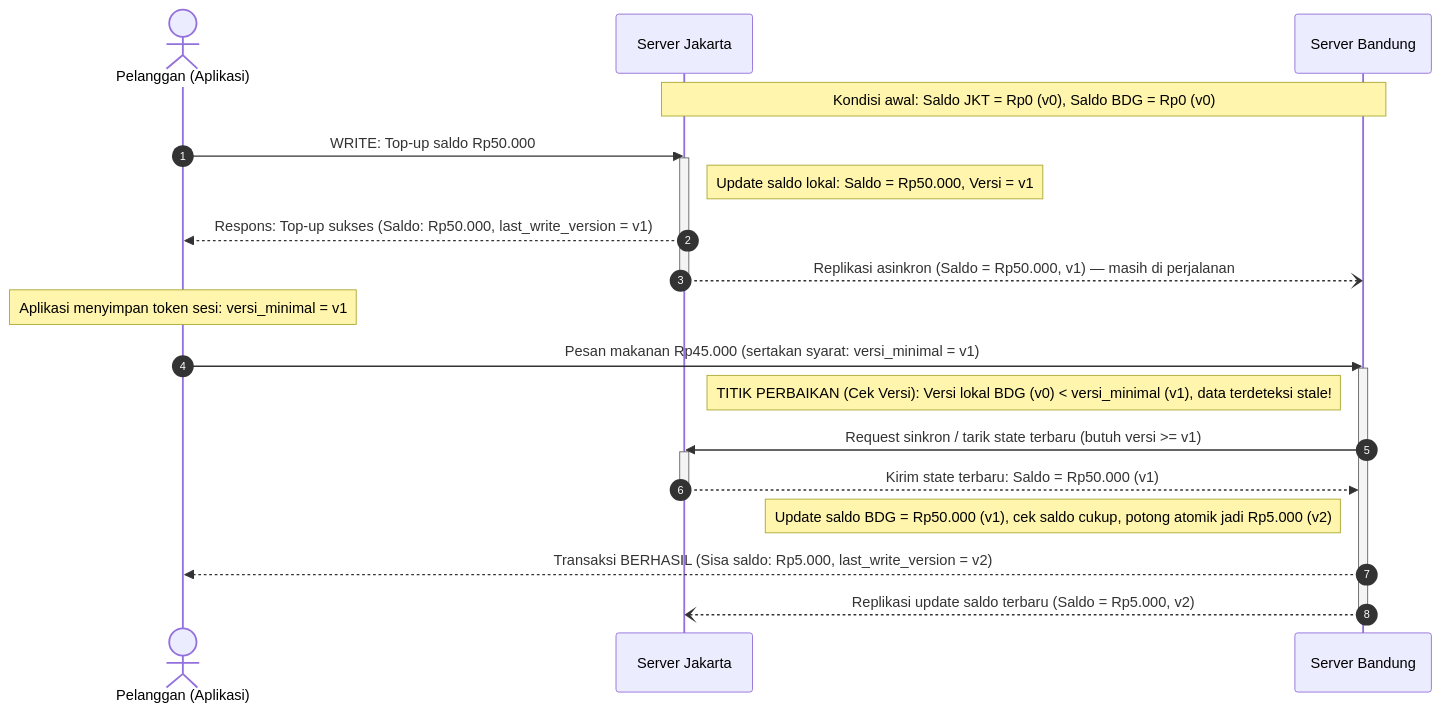
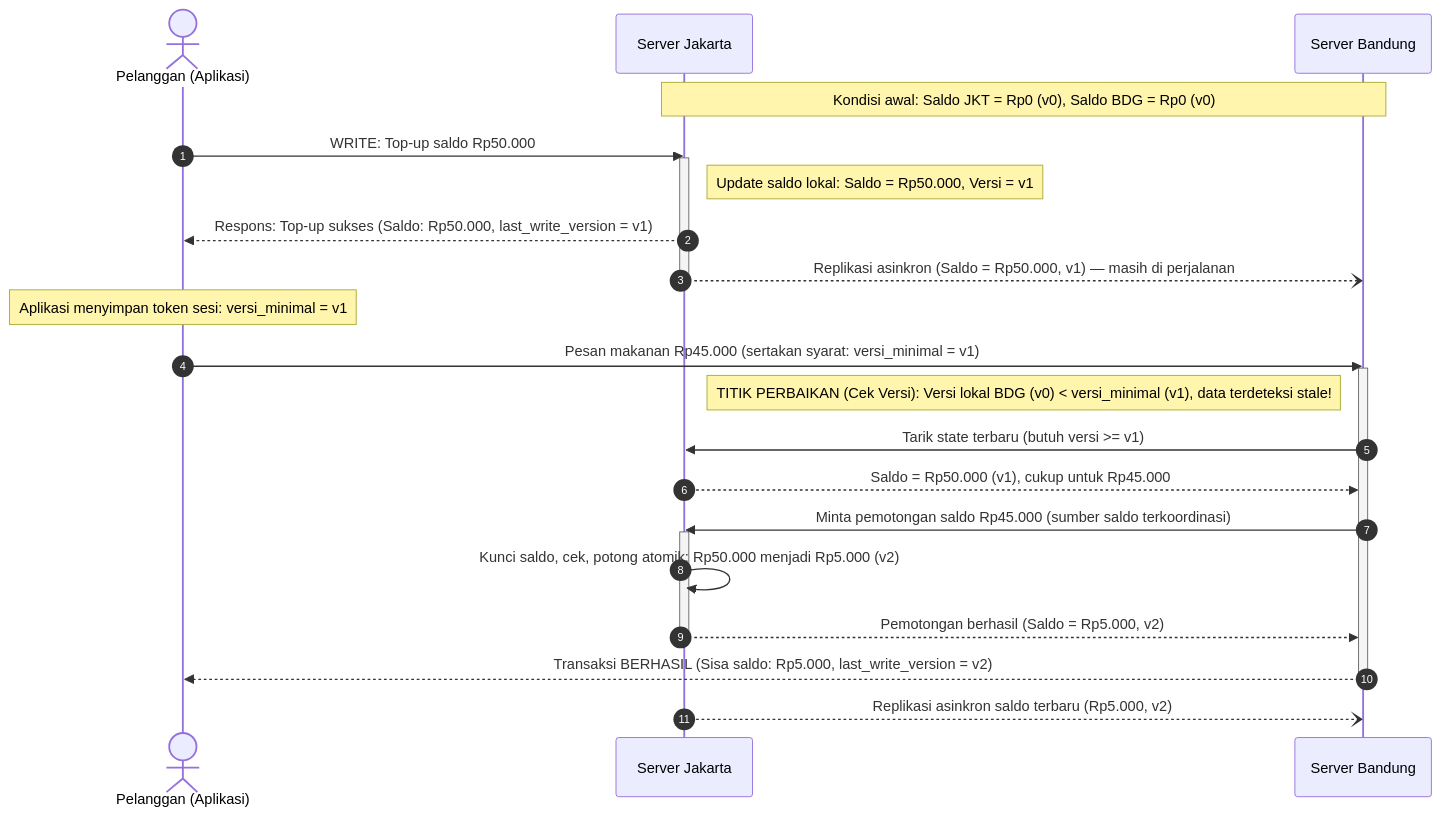
One commit to OnionDaGr81/komputasi-awan-dan-terdistribusi changed the second of 2 diagrams in tugas-07-konsistensi-data/README.md. Above: the diagram before and after it, drawn with Mermaid. The commit also changed other lines of this file and 1 other file, not shown here.

````diff
--- a/tugas-07-konsistensi-data/README.md
+++ b/tugas-07-konsistensi-data/README.md
@@ -227,32 +227,35 @@
 ```mermaid
 sequenceDiagram
     autonumber
     actor C as Pelanggan (Aplikasi)
     participant JKT as Server Jakarta
     participant BDG as Server Bandung
 
     Note over JKT,BDG: Kondisi awal: Saldo JKT = Rp0 (v0), Saldo BDG = Rp0 (v0)
 
     C->>JKT: WRITE: Top-up saldo Rp50.000
     activate JKT
     Note right of JKT: Update saldo lokal: Saldo = Rp50.000, Versi = v1
     JKT-->>C: Respons: Top-up sukses (Saldo: Rp50.000, last_write_version = v1)
     JKT--)BDG: Replikasi asinkron (Saldo = Rp50.000, v1) — masih di perjalanan
     deactivate JKT
 
     Note over C: Aplikasi menyimpan token sesi: versi_minimal = v1
 
     C->>BDG: Pesan makanan Rp45.000 (sertakan syarat: versi_minimal = v1)
     activate BDG
     Note left of BDG: TITIK PERBAIKAN (Cek Versi): Versi lokal BDG (v0) < versi_minimal (v1), data terdeteksi stale!
 
-    BDG->>JKT: Request sinkron / tarik state terbaru (butuh versi >= v1)
+    BDG->>JKT: Tarik state terbaru (butuh versi >= v1)
+    JKT-->>BDG: Saldo = Rp50.000 (v1), cukup untuk Rp45.000
+
+    BDG->>JKT: Minta pemotongan saldo Rp45.000 (sumber saldo terkoordinasi)
     activate JKT
-    JKT-->>BDG: Kirim state terbaru: Saldo = Rp50.000 (v1)
+    JKT->>JKT: Kunci saldo, cek, potong atomik: Rp50.000 menjadi Rp5.000 (v2)
+    JKT-->>BDG: Pemotongan berhasil (Saldo = Rp5.000, v2)
     deactivate JKT
 
-    Note left of BDG: Update saldo BDG = Rp50.000 (v1), cek saldo cukup, potong atomik jadi Rp5.000 (v2)
     BDG-->>C: Transaksi BERHASIL (Sisa saldo: Rp5.000, last_write_version = v2)
-    BDG--)JKT: Replikasi update saldo terbaru (Saldo = Rp5.000, v2)
     deactivate BDG
+    JKT--)BDG: Replikasi asinkron saldo terbaru (Rp5.000, v2)
 ```
````
